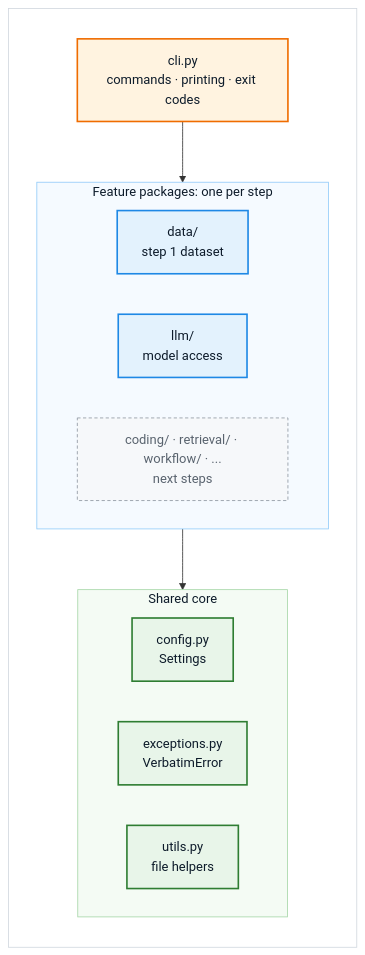
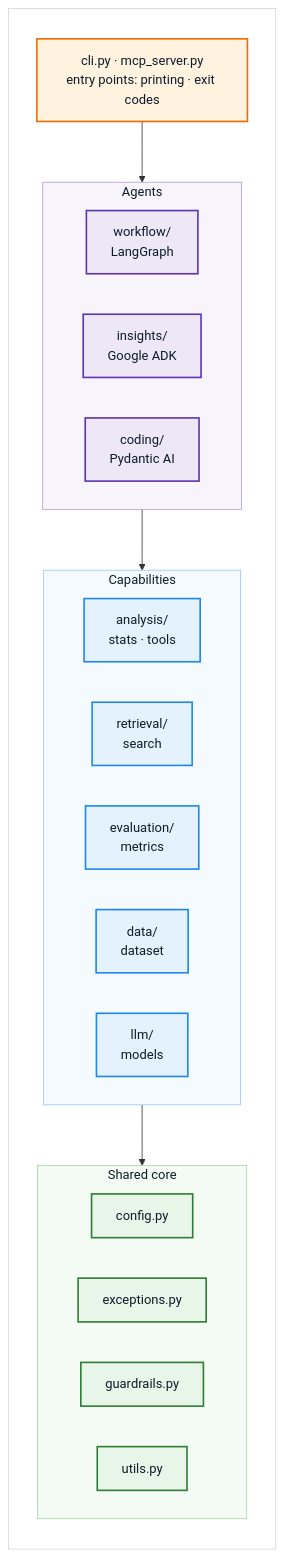
Before and after one commit to ryan-backer-ds/agentic-verbatim-coding: the seventh of 7 diagrams in README.md, drawn with Mermaid. The commit also changed other lines of this file, not shown here.

Commit message:
Document the finished system with real evaluation results

````diff
--- a/README.md
+++ b/README.md
@@ -577,33 +582,43 @@
 ```mermaid
 %%{init: {'theme': 'default'}}%%
 flowchart TB
     subgraph FRAME[" "]
         direction TB
-        CLI["cli.py<br/>commands · printing · exit codes"]
-        subgraph FEAT["Feature packages: one per step"]
+        CLI["cli.py · mcp_server.py<br/>entry points: printing · exit codes"]
+        subgraph AGENTS["Agents"]
             direction LR
-            DATA["data/<br/>step 1 dataset"]
-            LLM["llm/<br/>model access"]
-            NEXT["coding/ · retrieval/ · workflow/ · ...<br/>next steps"]
+            WF["workflow/<br/>LangGraph"]
+            INS["insights/<br/>Google ADK"]
+            COD["coding/<br/>Pydantic AI"]
+        end
+        subgraph FEAT["Capabilities"]
+            direction LR
+            AN["analysis/<br/>stats · tools"]
+            RET["retrieval/<br/>search"]
+            EVA["evaluation/<br/>metrics"]
+            DATA["data/<br/>dataset"]
+            LLM["llm/<br/>models"]
         end
         subgraph CORE["Shared core"]
             direction LR
-            CFG["config.py<br/>Settings"]
-            EXC["exceptions.py<br/>VerbatimError"]
-            UT["utils.py<br/>file helpers"]
+            CFG["config.py"]
+            EXC["exceptions.py"]
+            GRD["guardrails.py"]
+            UT["utils.py"]
         end
-        CLI --> FEAT --> CORE
+        CLI --> AGENTS --> FEAT --> CORE
     end
 
     classDef entry fill:#FFF3E0,stroke:#EF6C00,stroke-width:2px,color:#0D1B2A
+    classDef agent fill:#EDE7F6,stroke:#5E35B1,stroke-width:2px,color:#0D1B2A
     classDef feature fill:#E3F2FD,stroke:#1E88E5,stroke-width:2px,color:#0D1B2A
-    classDef planned fill:#F6F8FA,stroke:#8C959F,stroke-width:1px,stroke-dasharray:4 3,color:#59636E
     classDef core fill:#E8F5E9,stroke:#2E7D32,stroke-width:2px,color:#0D1B2A
     class CLI entry
-    class DATA,LLM feature
-    class NEXT planned
-    class CFG,EXC,UT core
+    class WF,INS,COD agent
+    class AN,RET,EVA,DATA,LLM feature
+    class CFG,EXC,GRD,UT core
+    style AGENTS fill:#F7F4FC,stroke:#B39DDB,color:#0D1B2A
     style FEAT fill:#F5FAFF,stroke:#90CAF9,color:#0D1B2A
     style CORE fill:#F4FBF4,stroke:#A5D6A7,color:#0D1B2A
     style FRAME fill:#FFFFFF,stroke:#D0D7DE,stroke-width:1px,color:#FFFFFF
 ```
````
